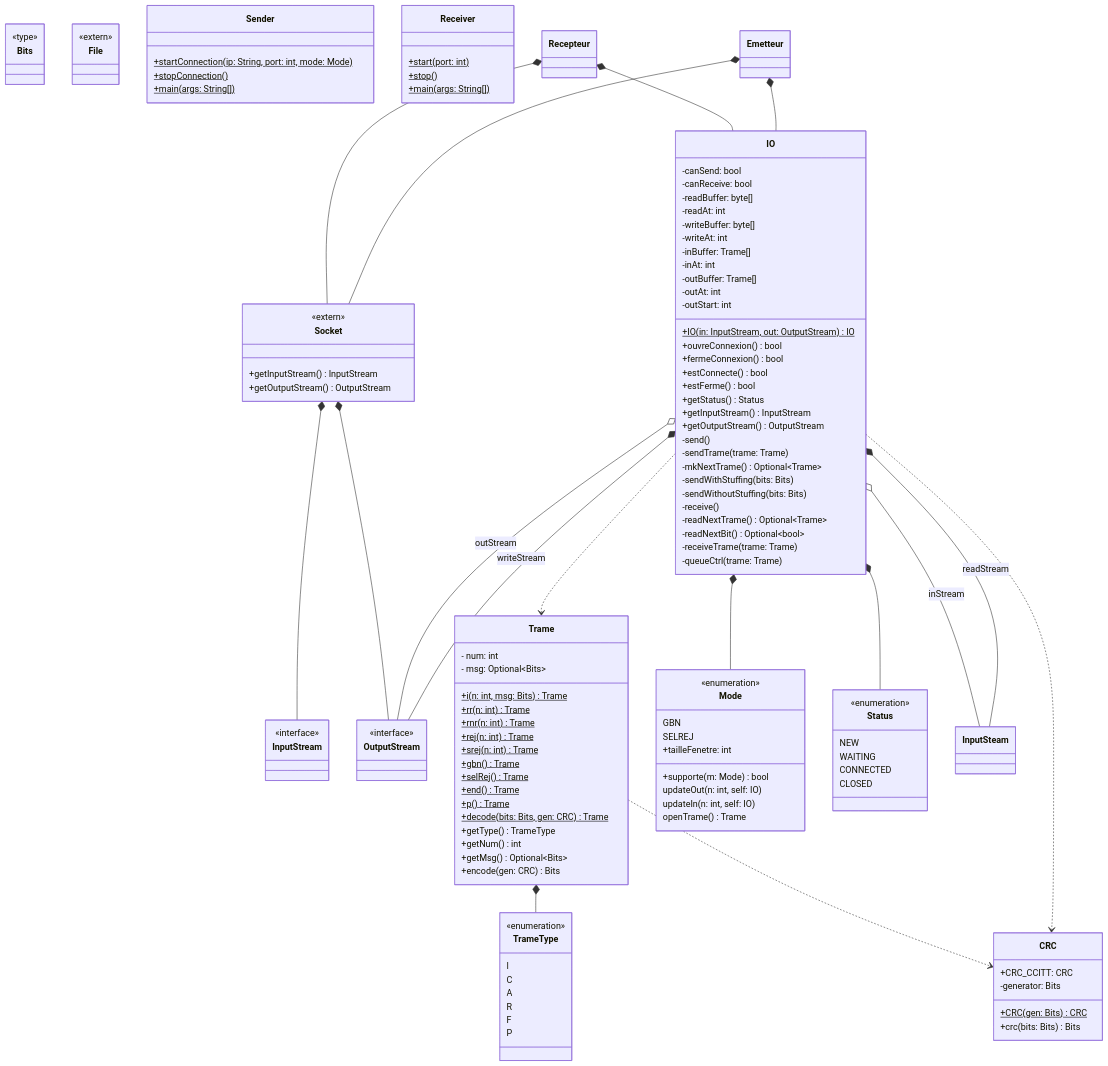
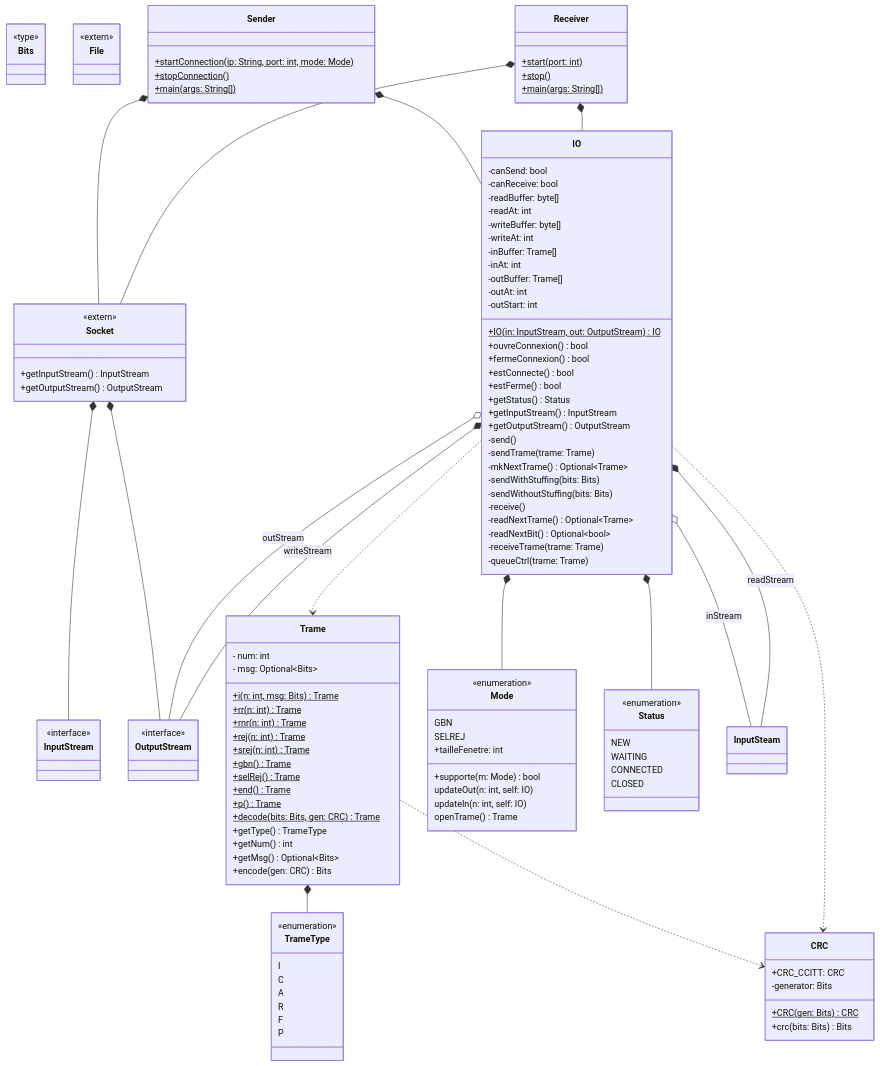
The diagram in diagClasse.md (LuchinoAllix/IFT3325-TP2), drawn with Mermaid before and after one commit. The commit also changed 6 other files, not shown here.

Commit message:
fixed image du diagrame de classe

````diff
--- a/diagClasse.md
+++ b/diagClasse.md
@@ -124,8 +124,8 @@
 	IO ..> CRC
 	Trame ..> CRC
 	
-	Emetteur *-- IO
-	Emetteur *-- Socket
-	Recepteur *-- IO
-	Recepteur *-- Socket
+	Receiver *-- IO
+	Receiver *-- Socket
+	Sender *-- IO
+	Sender *-- Socket
 ```
````
